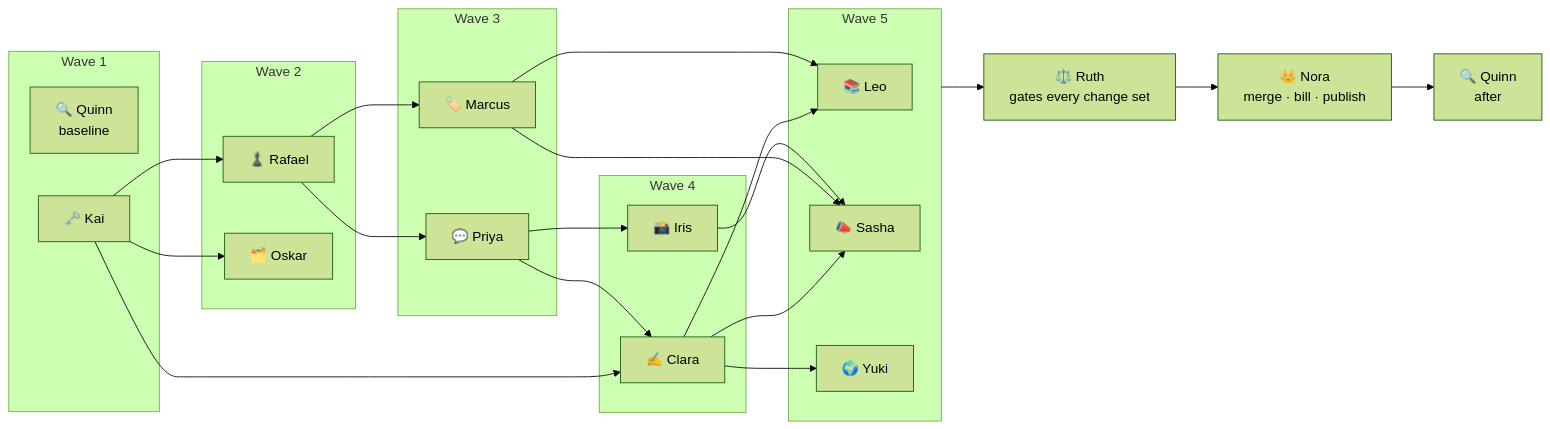
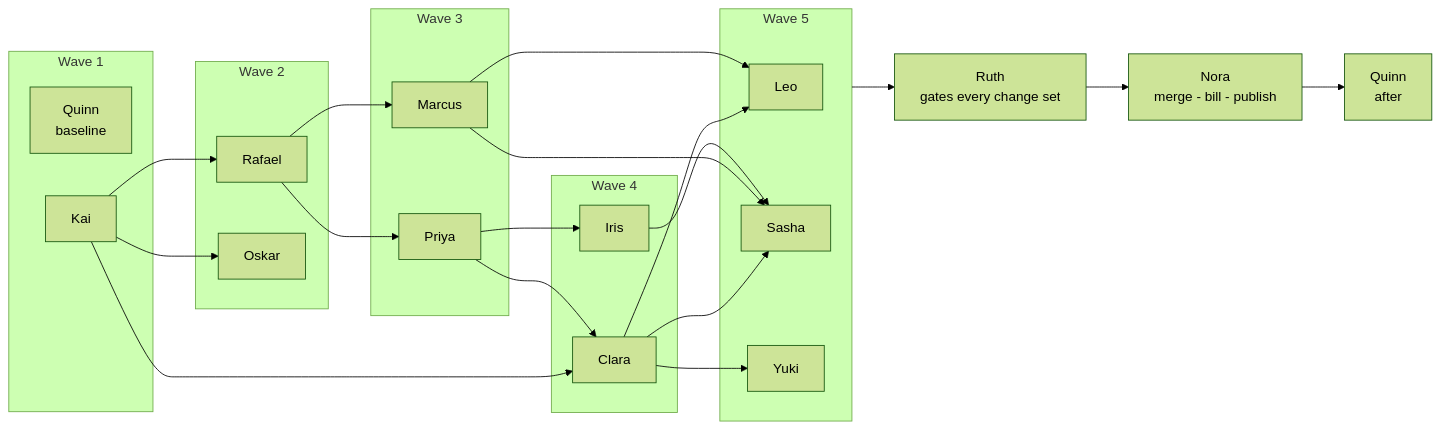
One commit to Marshal-AM/Uplift changed the ninth of 15 diagrams in README.md. Above: the diagram before and after it, drawn with Mermaid (forest theme). The commit also changed other lines of this file, not shown here.

````diff
--- a/README.md
+++ b/README.md
@@ -740,33 +658,33 @@
 ```mermaid
 flowchart LR
   subgraph W1["Wave 1"]
-    Q0[🔍 Quinn<br/>baseline]
-    KAI[🗝️ Kai]
+    Q0[Quinn<br/>baseline]
+    KAI[Kai]
   end
   subgraph W2["Wave 2"]
-    RAF[♟️ Rafael]
-    OSK[🗂️ Oskar]
+    RAF[Rafael]
+    OSK[Oskar]
   end
   subgraph W3["Wave 3"]
-    PRI[💬 Priya]
-    MAR[🏷️ Marcus]
+    PRI[Priya]
+    MAR[Marcus]
   end
   subgraph W4["Wave 4"]
-    CLA[✍️ Clara]
-    IRI[📸 Iris]
+    CLA[Clara]
+    IRI[Iris]
   end
   subgraph W5["Wave 5"]
-    LEO[📚 Leo]
-    SAS[📣 Sasha]
-    YUK[🌍 Yuki]
+    LEO[Leo]
+    SAS[Sasha]
+    YUK[Yuki]
   end
   KAI --> RAF & OSK & CLA
   RAF --> PRI & MAR
   PRI --> CLA & IRI
   CLA --> LEO & SAS & YUK
   MAR --> LEO & SAS
   IRI --> SAS
-  W5 --> RUTH[⚖️ Ruth<br/>gates every change set]
-  RUTH --> N[👑 Nora<br/>merge · bill · publish]
-  N --> Q1[🔍 Quinn<br/>after]
+  W5 --> RUTH[Ruth<br/>gates every change set]
+  RUTH --> N[Nora<br/>merge - bill - publish]
+  N --> Q1[Quinn<br/>after]
 ```
````
